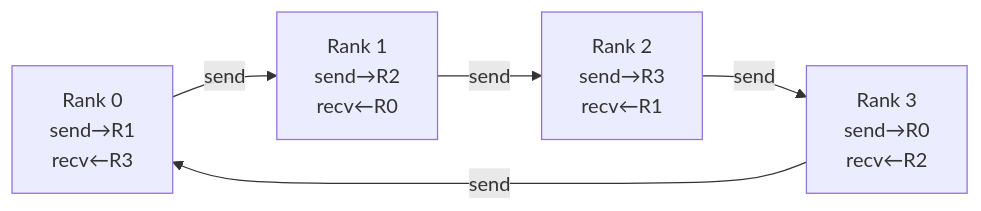
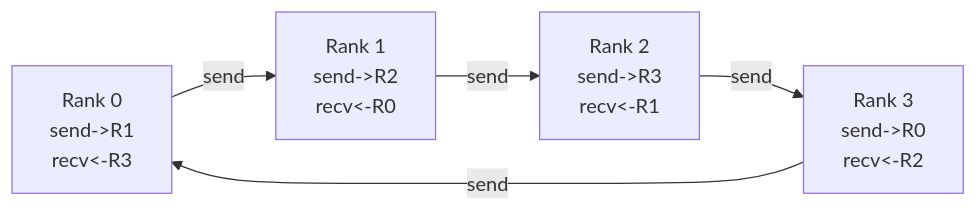
The fourth of 6 diagrams in dd_nccl_glm5.1/01-bootstrap.md (s0okiym/share), drawn with Mermaid before and after one commit. The commit also changed other lines of this file and 19 other files, not shown here.

````diff
--- a/dd_nccl_glm5.1/01-bootstrap.md
+++ b/dd_nccl_glm5.1/01-bootstrap.md
@@ -104,7 +114,7 @@
 ```mermaid
 flowchart LR
-    R0["Rank 0\nsend→R1\nrecv←R3"] -->|"send"| R1["Rank 1\nsend→R2\nrecv←R0"]
-    R1 -->|"send"| R2["Rank 2\nsend→R3\nrecv←R1"]
-    R2 -->|"send"| R3["Rank 3\nsend→R0\nrecv←R2"]
+    R0["Rank 0\nsend->R1\nrecv<-R3"] -->|"send"| R1["Rank 1\nsend->R2\nrecv<-R0"]
+    R1 -->|"send"| R2["Rank 2\nsend->R3\nrecv<-R1"]
+    R2 -->|"send"| R3["Rank 3\nsend->R0\nrecv<-R2"]
     R3 -->|"send"| R0
 ```
````
